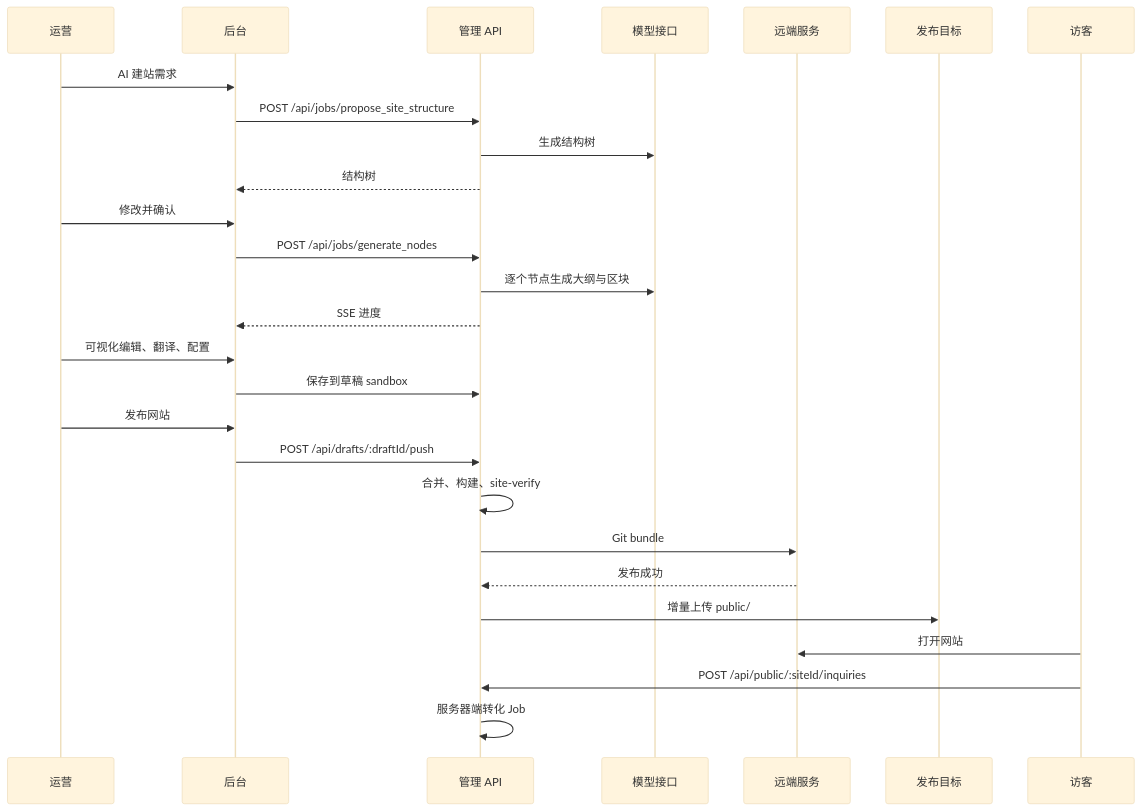
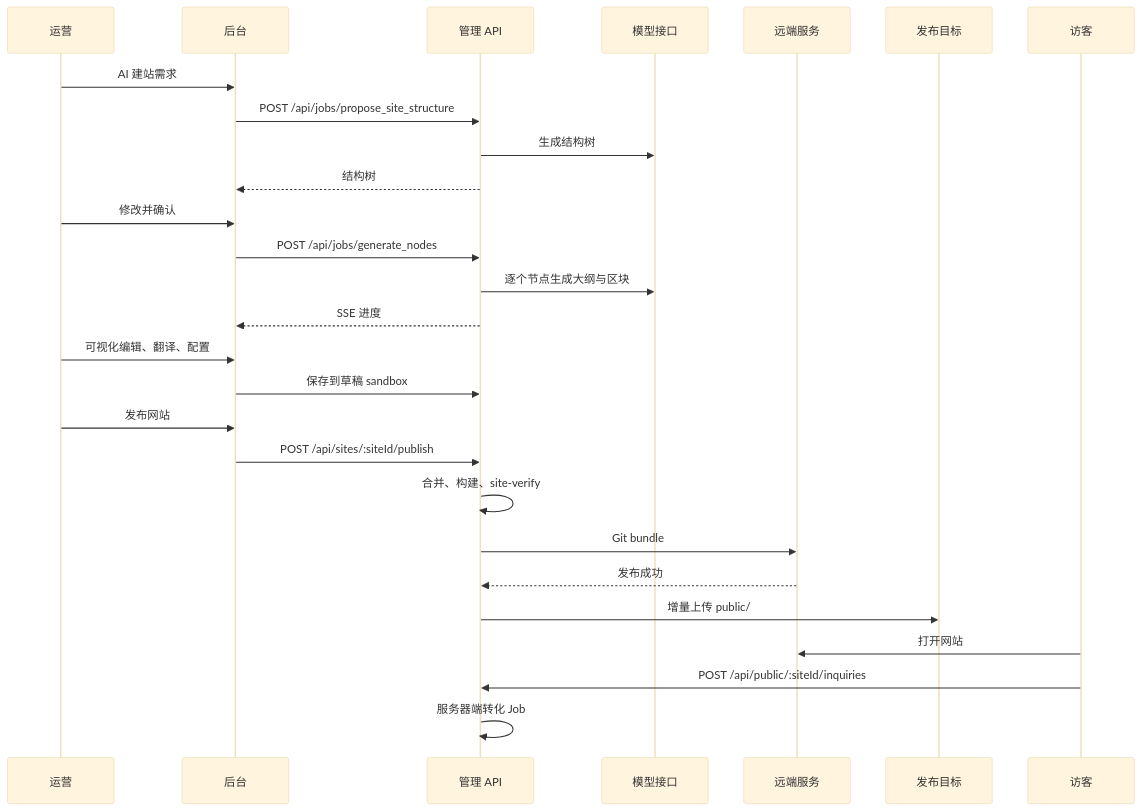
The diagram in docs/flows/mvp-happy-path.md (SeanLiangYoung/OLPS), drawn with Mermaid (base theme) before and after one commit. The commit also changed other lines of this file and 413 other files, not shown here.

````diff
--- a/docs/flows/mvp-happy-path.md
+++ b/docs/flows/mvp-happy-path.md
@@ -44,30 +44,30 @@
 ```mermaid
 sequenceDiagram
   participant U as 运营
   participant Admin as 后台
   participant API as 管理 API
   participant AI as 模型接口
   participant Remote as 远端服务
   participant Target as 发布目标
   participant V as 访客
 
   U->>Admin: AI 建站需求
   Admin->>API: POST /api/jobs/propose_site_structure
   API->>AI: 生成结构树
   API-->>Admin: 结构树
   U->>Admin: 修改并确认
   Admin->>API: POST /api/jobs/generate_nodes
   API->>AI: 逐个节点生成大纲与区块
   API-->>Admin: SSE 进度
   U->>Admin: 可视化编辑、翻译、配置
   Admin->>API: 保存到草稿 sandbox
   U->>Admin: 发布网站
-  Admin->>API: POST /api/drafts/:draftId/push
+  Admin->>API: POST /api/sites/:siteId/publish
   API->>API: 合并、构建、site-verify
   API->>Remote: Git bundle
   Remote-->>API: 发布成功
   API->>Target: 增量上传 public/
   V->>Remote: 打开网站
   V->>API: POST /api/public/:siteId/inquiries
   API->>API: 服务器端转化 Job
 ```
````
